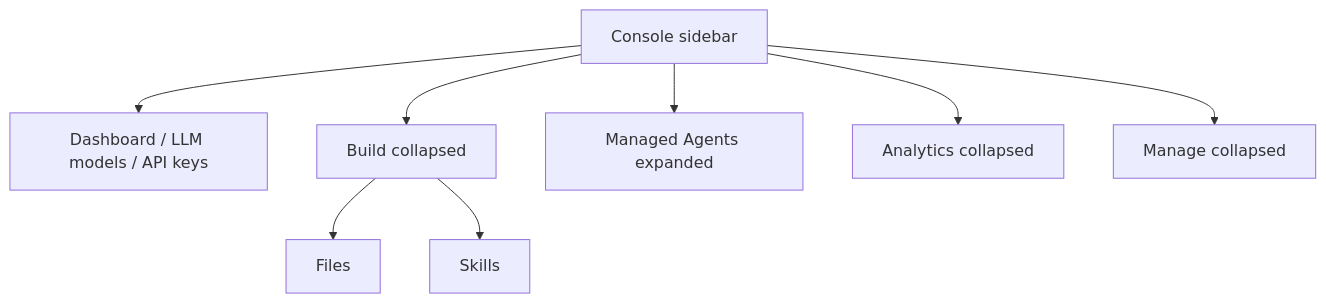
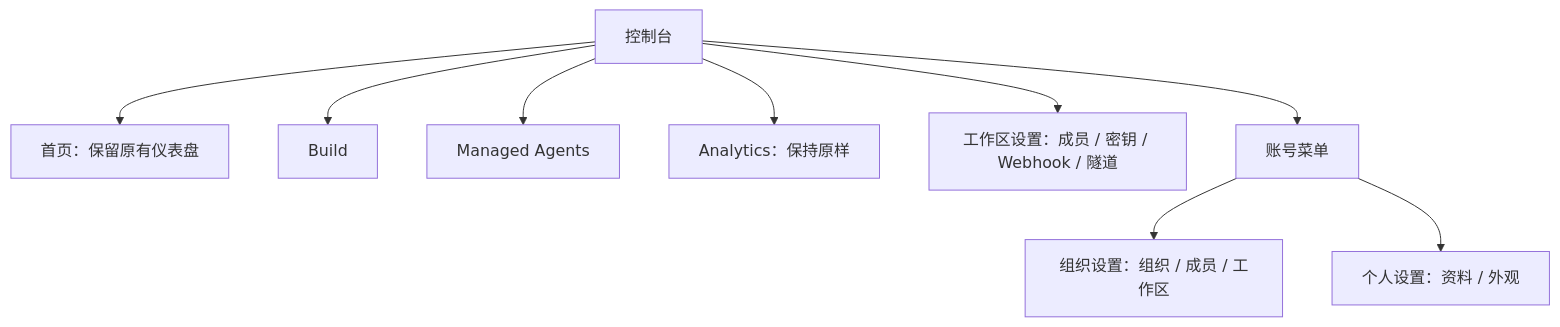
The diagram in docs/design/fe/console-sidebar.md (superduck-ai/open-managed-agents), drawn with Mermaid before and after one commit. The commit also changed other lines of this file and 29 other files, not shown here.

````diff
--- a/docs/design/fe/console-sidebar.md
+++ b/docs/design/fe/console-sidebar.md
@@ -11,10 +16,11 @@
 ```mermaid
 flowchart TD
-  Sidebar[Console sidebar] --> Top[Dashboard / LLM models / API keys]
-  Sidebar --> Build[Build collapsed]
-  Sidebar --> Agents[Managed Agents expanded]
-  Sidebar --> Analytics[Analytics collapsed]
-  Sidebar --> Manage[Manage collapsed]
-  Build --> Files[Files]
-  Build --> Skills[Skills]
+  Console[控制台] --> Home[首页：保留原有仪表盘]
+  Console --> Build[Build]
+  Console --> Agents[Managed Agents]
+  Console --> Analytics[Analytics：保持原样]
+  Console --> Workspace[工作区设置：成员 / 密钥 / Webhook / 隧道]
+  Console --> Account[账号菜单]
+  Account --> Org[组织设置：组织 / 成员 / 工作区]
+  Account --> Personal[个人设置：资料 / 外观]
 ```
````
